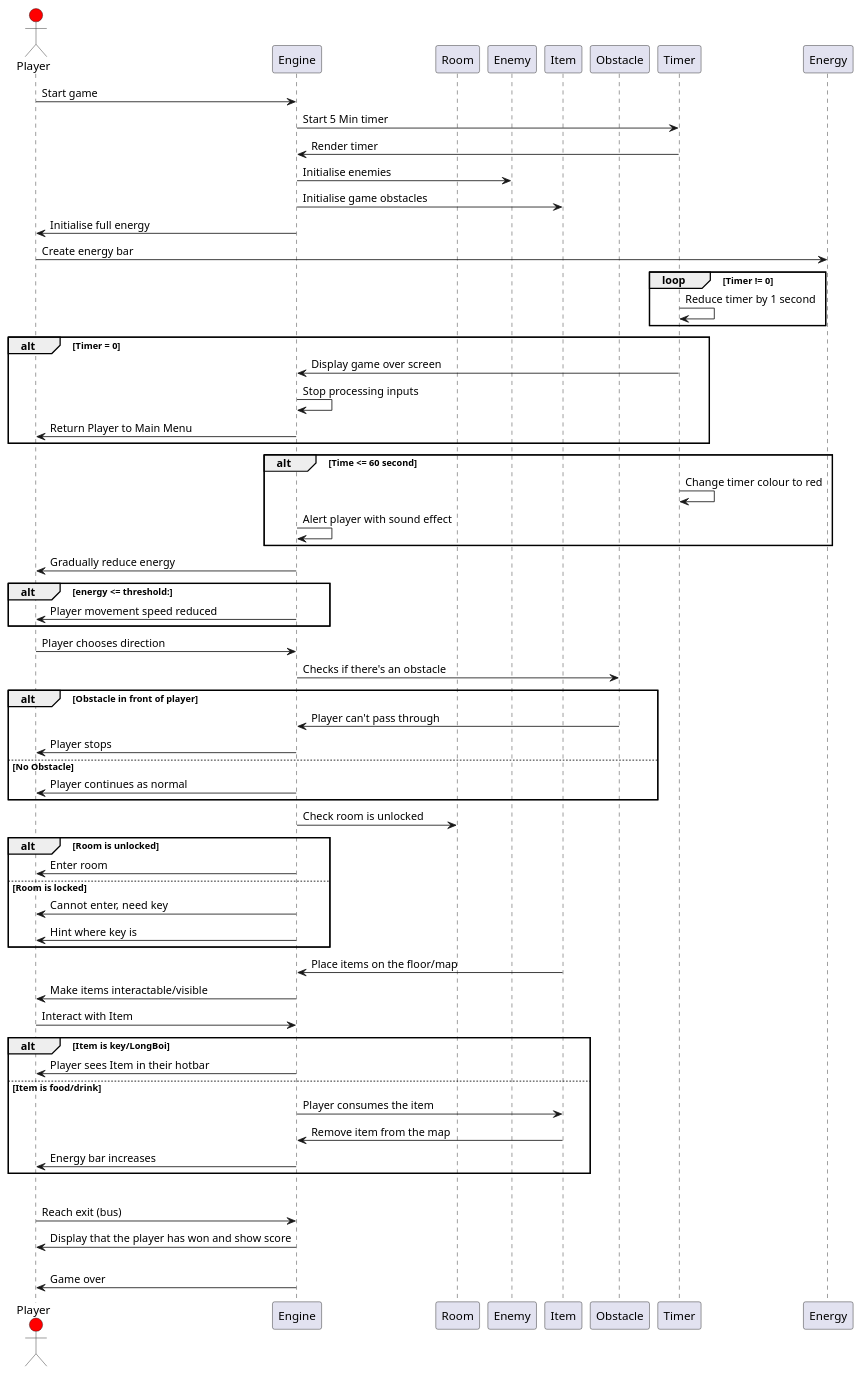
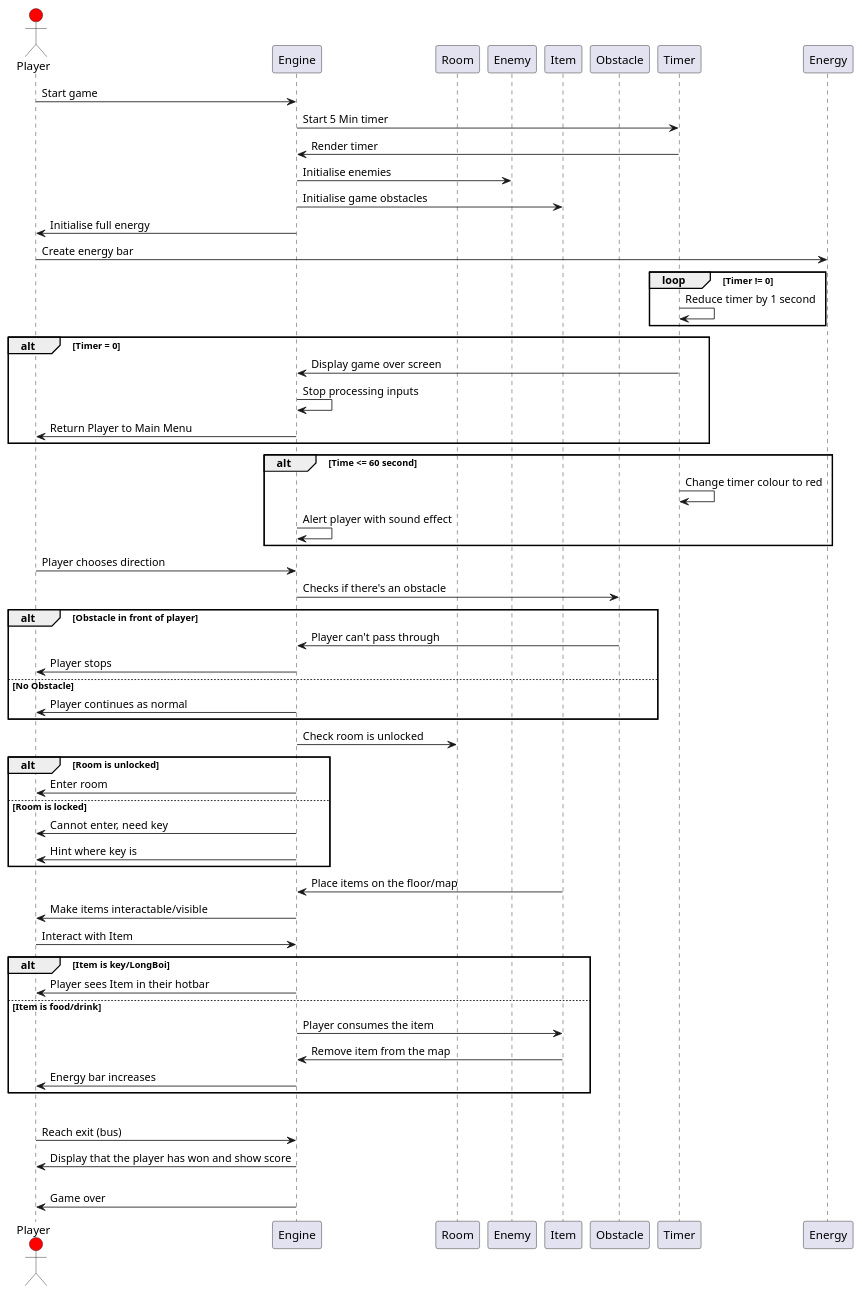
One commit to WHALES-ENG1/WHALES-Assets changed the diagram in Architecture/structuralMain.puml. Above: the diagram before and after it, drawn with PlantUML. The commit also changed 1 other file, not shown here.

Commit message:
Moved energy system to new file.

```diff
--- a/Architecture/structuralMain.puml
+++ b/Architecture/structuralMain.puml
@@ -1,117 +1,107 @@
 @startuml structuralDiagram
 
 'separate diagram for main menu? i.e. settings leaderboard'
 
 'participants: player, room, engine, goose'
 'sequence diagram - mainly decisions'
 
 actor Player #Red
 participant Engine
 participant Room
 participant Enemy
 participant Item
 participant Obstacle
 participant Timer
 participant Energy
 
 
 'start of the game'
 
 Player -> Engine: Start game
 Engine -> Timer: Start 5 Min timer
 Timer -> Engine: Render timer
 
 
 'creation of the maze
 
 Engine -> Enemy: Initialise enemies
 Engine -> Item: Initialise game obstacles
 Engine -> Player: Initialise full energy
 Player -> Energy: Create energy bar
 
 'timer:'
 
 loop Timer != 0
     Timer -> Timer: Reduce timer by 1 second
 end
 
 alt Timer = 0
     Timer -> Engine: Display game over screen
     Engine -> Engine: Stop processing inputs
     Engine -> Player: Return Player to Main Menu
 end
 
 alt Time <= 60 second
     Timer -> Timer: Change timer colour to red
     Engine -> Engine: Alert player with sound effect
-end
-
-
-'energy system'
-
-Engine -> Player: Gradually reduce energy
-
-alt energy <= threshold:
-    Engine -> Player: Player movement speed reduced
-
 end
 
 
 'player movement:'
 
 Player -> Engine: Player chooses direction
 Engine -> Obstacle: Checks if there's an obstacle
 
 alt Obstacle in front of player
     Obstacle -> Engine: Player can't pass through
     Engine -> Player: Player stops
 
 else No Obstacle
     Engine -> Player: Player continues as normal
 
 end
 
 
 'rooms/doors
 
 Engine -> Room: Check room is unlocked
 
 alt Room is unlocked
     Engine -> Player: Enter room
 
 else Room is locked
     Engine -> Player: Cannot enter, need key
     Engine -> Player: Hint where key is
 
 end
 
 
 'items:'
 
 Item -> Engine: Place items on the floor/map
 Engine -> Player: Make items interactable/visible
 
 Player -> Engine: Interact with Item
 
 alt Item is key/LongBoi
     Engine -> Player: Player sees Item in their hotbar
 
 else Item is food/drink
     Engine -> Item: Player consumes the item
     Item -> Engine: Remove item from the map
     Engine -> Player: Energy bar increases
 
 end
 
 
 'player wins the game (longboi is returned and make the bus):'
 
 alt Player has LongBoi and Time != 0
     Player -> Engine: Reach exit (bus)
     Engine -> Player: Display that the player has won and show score
 
 else Player doesn't have LongBoi or time = 0
     Engine -> Player: Game over
 
 
 @enduml
```
